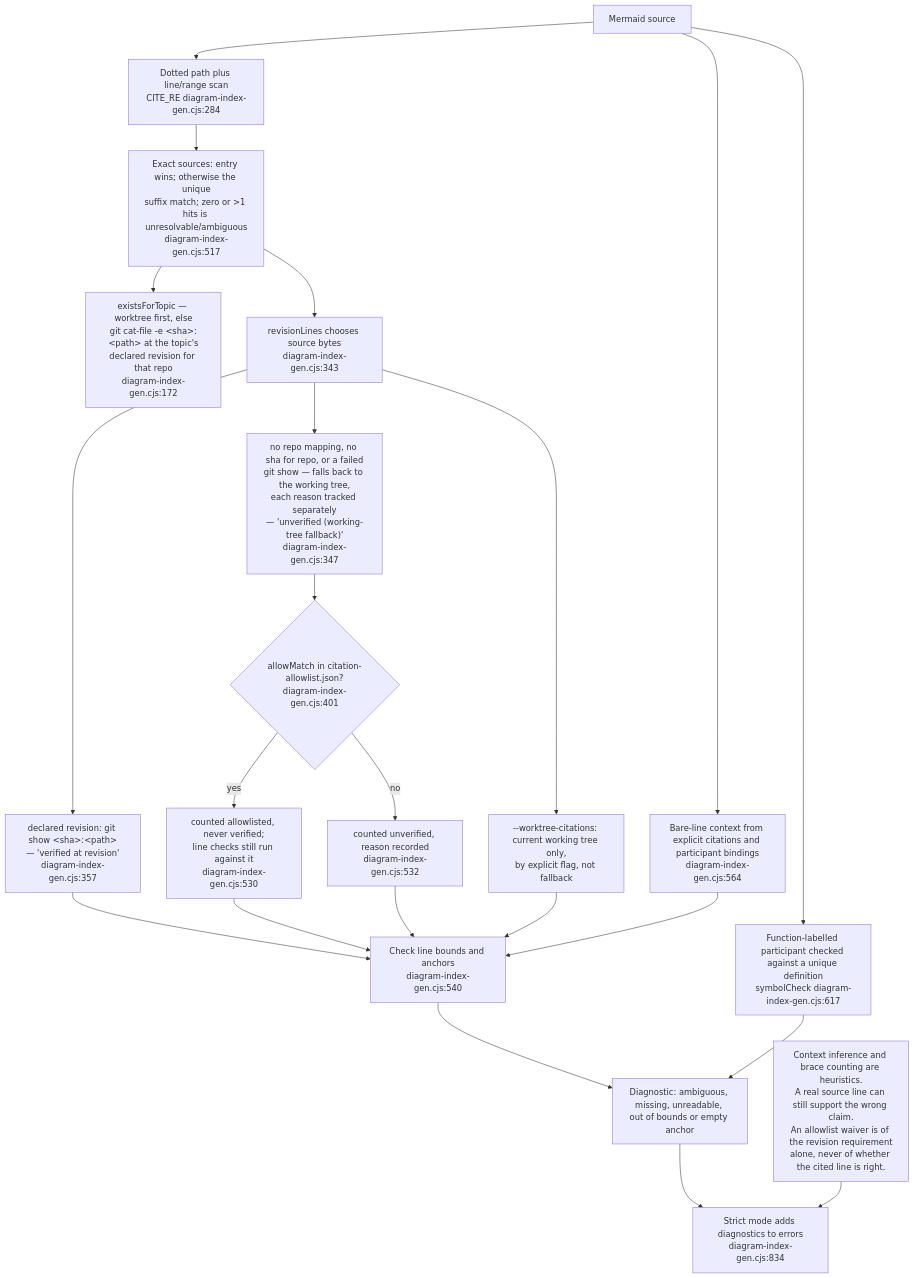
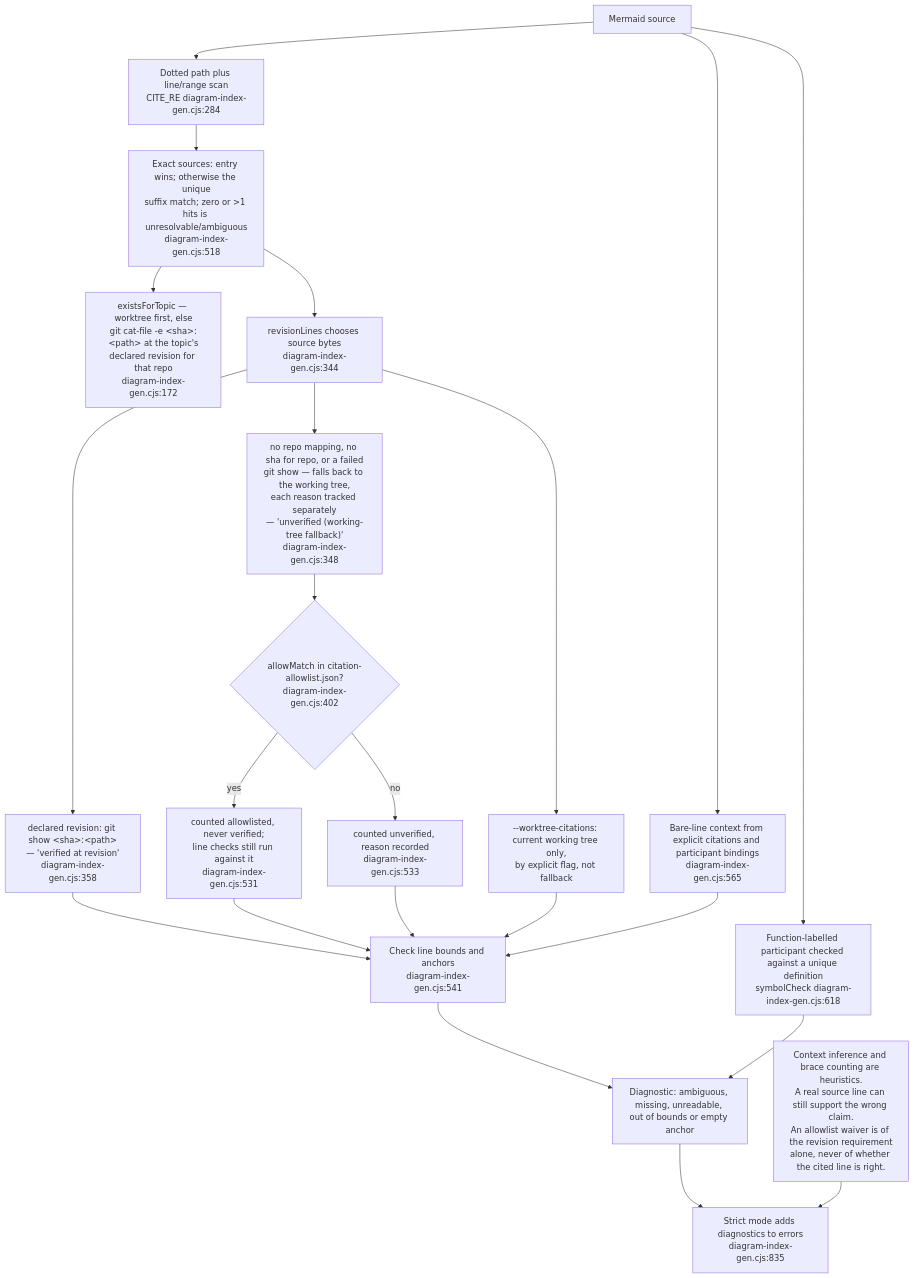
The tenth of 14 diagrams in docs/diagrams/visionflow/06-diagram-tooling.md (DreamLab-AI/VisionFlow), drawn with Mermaid before and after one commit. The commit also changed other lines of this file and 80 other files, not shown here.

First line of the commit message:
docs(diagrams): re-verify the agentbox, dreamlab, estate and visionflow corpus against current sources

````diff
--- a/docs/diagrams/visionflow/06-diagram-tooling.md
+++ b/docs/diagrams/visionflow/06-diagram-tooling.md
@@ -329,24 +329,24 @@
 ```mermaid
 flowchart TB
     A["Mermaid source"] --> SCAN["Dotted path plus line/range scan<br/>CITE_RE diagram-index-gen.cjs:284"]
-    SCAN --> MATCH["Exact sources: entry wins; otherwise the unique<br/>suffix match; zero or >1 hits is unresolvable/ambiguous<br/>diagram-index-gen.cjs:517"]
+    SCAN --> MATCH["Exact sources: entry wins; otherwise the unique<br/>suffix match; zero or >1 hits is unresolvable/ambiguous<br/>diagram-index-gen.cjs:518"]
     MATCH --> EXIST["existsForTopic — worktree first, else<br/>git cat-file -e &lt;sha&gt;:&lt;path&gt; at the topic's<br/>declared revision for that repo<br/>diagram-index-gen.cjs:172"]
-    MATCH --> MODE["revisionLines chooses source bytes<br/>diagram-index-gen.cjs:343"]
-    MODE --> PIN["declared revision: git show &lt;sha&gt;:&lt;path&gt;<br/>— 'verified at revision'<br/>diagram-index-gen.cjs:357"]
-    MODE --> WT["no repo mapping, no sha for repo, or a failed<br/>git show — falls back to the working tree,<br/>each reason tracked separately<br/>— 'unverified (working-tree fallback)'<br/>diagram-index-gen.cjs:347"]
+    MATCH --> MODE["revisionLines chooses source bytes<br/>diagram-index-gen.cjs:344"]
+    MODE --> PIN["declared revision: git show &lt;sha&gt;:&lt;path&gt;<br/>— 'verified at revision'<br/>diagram-index-gen.cjs:358"]
+    MODE --> WT["no repo mapping, no sha for repo, or a failed<br/>git show — falls back to the working tree,<br/>each reason tracked separately<br/>— 'unverified (working-tree fallback)'<br/>diagram-index-gen.cjs:348"]
     MODE --> WTFLAG["--worktree-citations: current working tree only,<br/>by explicit flag, not fallback"]
-    PIN --> READ["Check line bounds and anchors<br/>diagram-index-gen.cjs:540"]
-    WT --> WAIVE{"allowMatch in citation-allowlist.json?<br/>diagram-index-gen.cjs:401"}
-    WAIVE -->|yes| ALLOWED["counted allowlisted, never verified;<br/>line checks still run against it<br/>diagram-index-gen.cjs:530"]
-    WAIVE -->|no| UNVER["counted unverified, reason recorded<br/>diagram-index-gen.cjs:532"]
+    PIN --> READ["Check line bounds and anchors<br/>diagram-index-gen.cjs:541"]
+    WT --> WAIVE{"allowMatch in citation-allowlist.json?<br/>diagram-index-gen.cjs:402"}
+    WAIVE -->|yes| ALLOWED["counted allowlisted, never verified;<br/>line checks still run against it<br/>diagram-index-gen.cjs:531"]
+    WAIVE -->|no| UNVER["counted unverified, reason recorded<br/>diagram-index-gen.cjs:533"]
     ALLOWED --> READ
     UNVER --> READ
     WTFLAG --> READ
-    A --> BARE["Bare-line context from explicit citations and participant bindings<br/>diagram-index-gen.cjs:564"]
+    A --> BARE["Bare-line context from explicit citations and participant bindings<br/>diagram-index-gen.cjs:565"]
     BARE --> READ
-    A --> SYMBOL["Function-labelled participant checked against a unique definition<br/>symbolCheck diagram-index-gen.cjs:617"]
+    A --> SYMBOL["Function-labelled participant checked against a unique definition<br/>symbolCheck diagram-index-gen.cjs:618"]
     READ --> DIAG["Diagnostic: ambiguous, missing, unreadable, out of bounds or empty anchor"]
     SYMBOL --> DIAG
-    DIAG --> EXIT["Strict mode adds diagnostics to errors<br/>diagram-index-gen.cjs:834"]
+    DIAG --> EXIT["Strict mode adds diagnostics to errors<br/>diagram-index-gen.cjs:835"]
     LIMIT["Context inference and brace counting are heuristics.<br/>A real source line can still support the wrong claim.<br/>An allowlist waiver is of the revision requirement<br/>alone, never of whether the cited line is right."] --> EXIT
 ```
````
